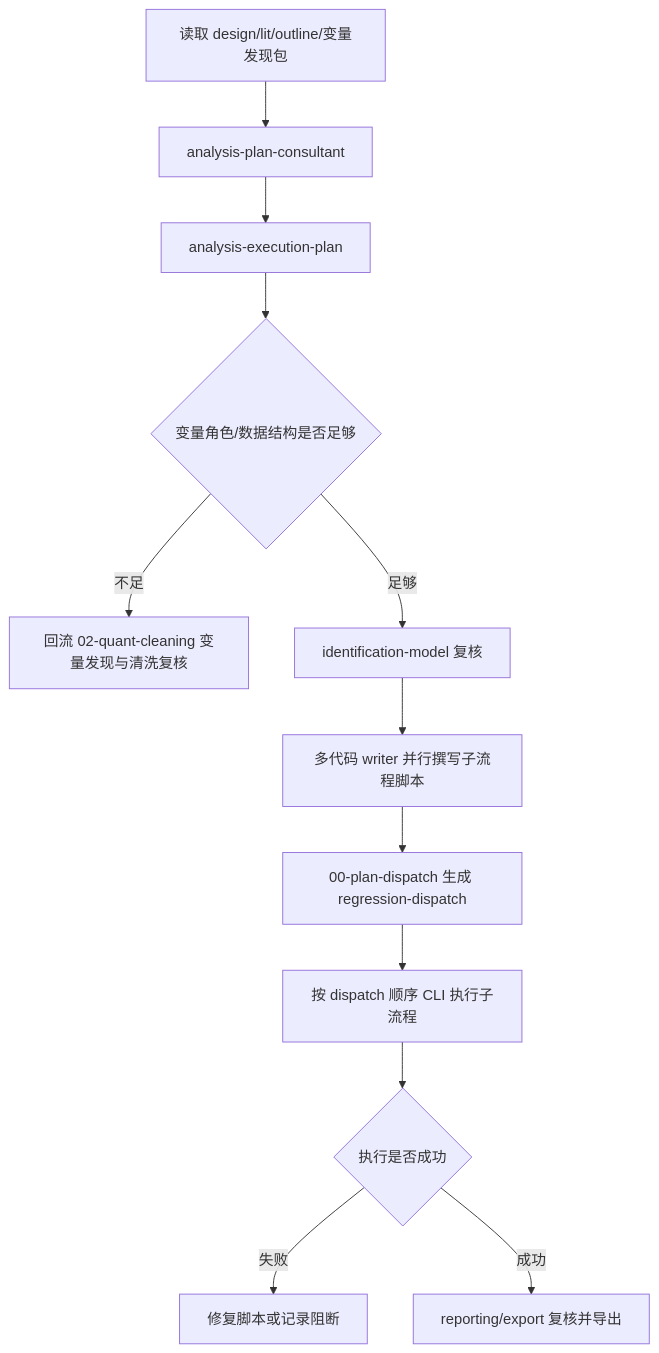
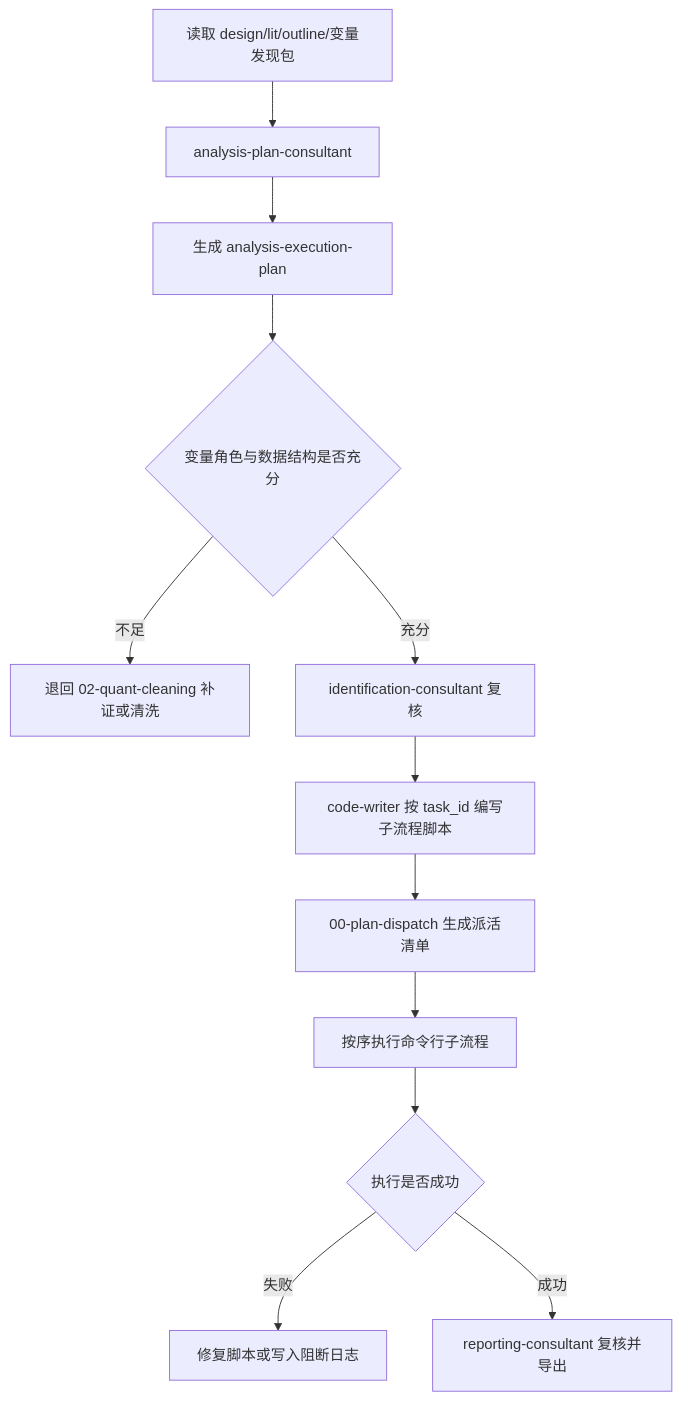
Before and after one commit to JingYangYuan/paper-master-4ss: the diagram in modules/analysis/phases/03-basic-regression.md, drawn with Mermaid. The commit also changed other lines of this file and 23886 other files, not shown here.

````diff
--- a/modules/analysis/phases/03-basic-regression.md
+++ b/modules/analysis/phases/03-basic-regression.md
@@ -5,14 +5,14 @@
 ```mermaid
 flowchart TD
-  A["读取 design/lit/outline/变量发现包"] --> B["analysis-plan-consultant"]
-  B --> C["analysis-execution-plan"]
-  C --> D{"变量角色/数据结构是否足够"}
-  D -->|不足| E["回流 02-quant-cleaning 变量发现与清洗复核"]
-  D -->|足够| F["identification-model 复核"]
-  F --> G["多代码 writer 并行撰写子流程脚本"]
-  G --> H["00-plan-dispatch 生成 regression-dispatch"]
-  H --> I["按 dispatch 顺序 CLI 执行子流程"]
-  I --> J{"执行是否成功"}
-  J -->|失败| K["修复脚本或记录阻断"]
-  J -->|成功| L["reporting/export 复核并导出"]
+  A[读取 design/lit/outline/变量发现包] --> B[analysis-plan-consultant]
+  B --> C[生成 analysis-execution-plan]
+  C --> D{变量角色与数据结构是否充分}
+  D -->|不足| E[退回 02-quant-cleaning 补证或清洗]
+  D -->|充分| F[identification-consultant 复核]
+  F --> G[code-writer 按 task_id 编写子流程脚本]
+  G --> H[00-plan-dispatch 生成派活清单]
+  H --> I[按序执行命令行子流程]
+  I --> J{执行是否成功}
+  J -->|失败| K[修复脚本或写入阻断日志]
+  J -->|成功| L[reporting-consultant 复核并导出]
 ```
````
